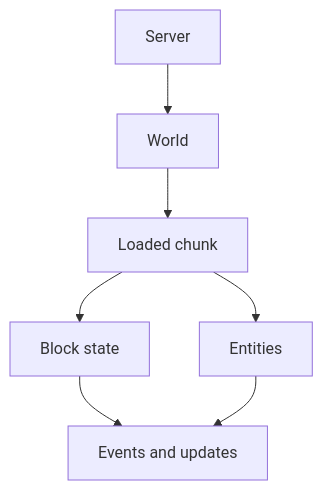
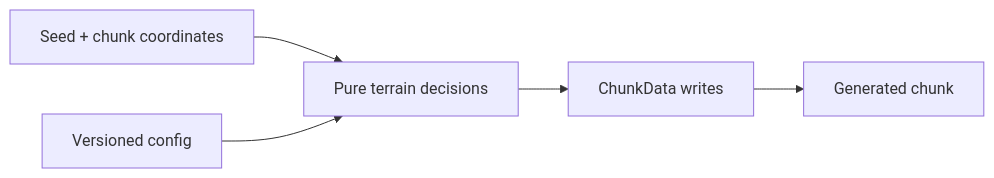
The diagram in gameplay/world-generation.mdx (rwov/bukkit-docs), drawn with Mermaid before and after one commit. The commit also changed other lines of this file and 104 other files, not shown here.

````diff
--- a/gameplay/world-generation.mdx
+++ b/gameplay/world-generation.mdx
@@ -14,9 +34,7 @@
 ```mermaid
-flowchart TD
-  A["Server"] --> B["World"]
-  B --> C["Loaded chunk"]
-  C --> D["Block state"]
-  C --> E["Entities"]
-  D --> F["Events and updates"]
-  E --> F
+flowchart LR
+  A["Seed + chunk coordinates"] --> B["Pure terrain decisions"]
+  B --> C["ChunkData writes"]
+  C --> D["Generated chunk"]
+  E["Versioned config"] --> B
 ```
````
